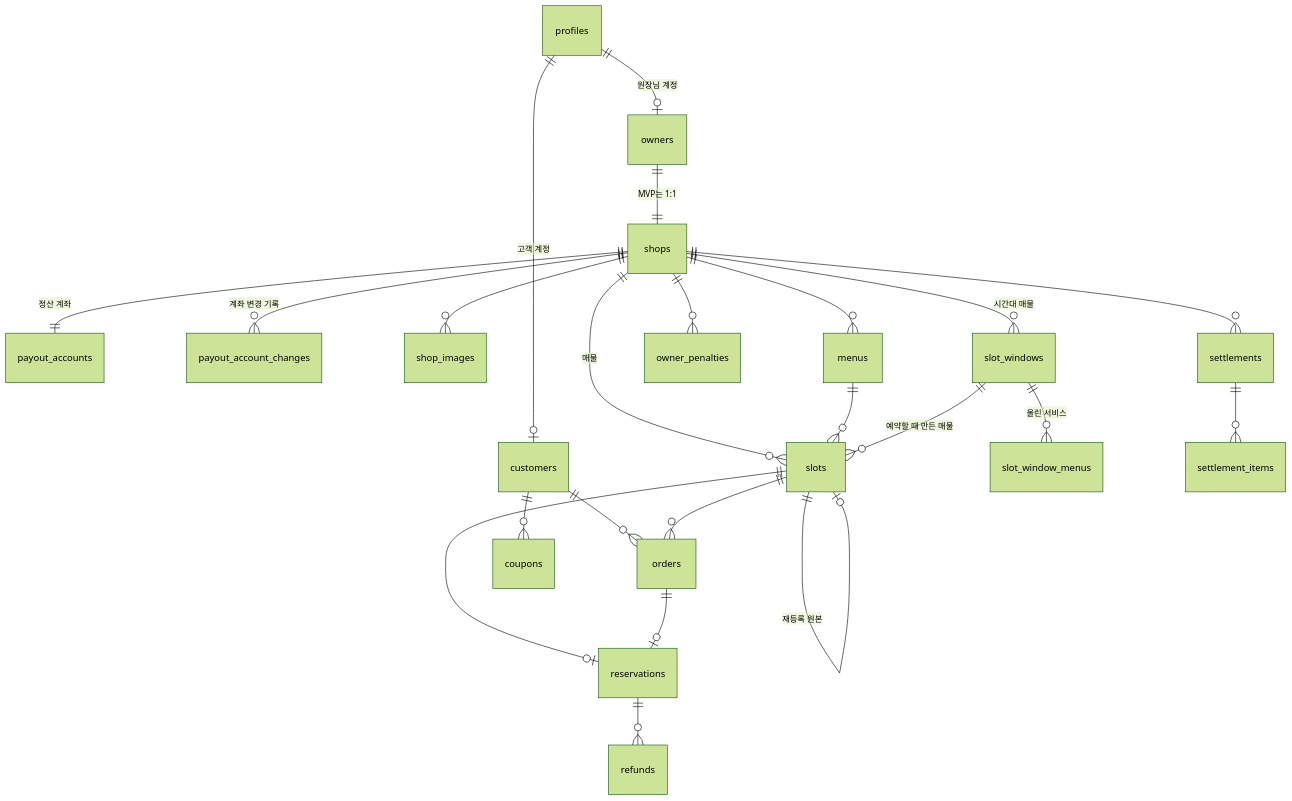
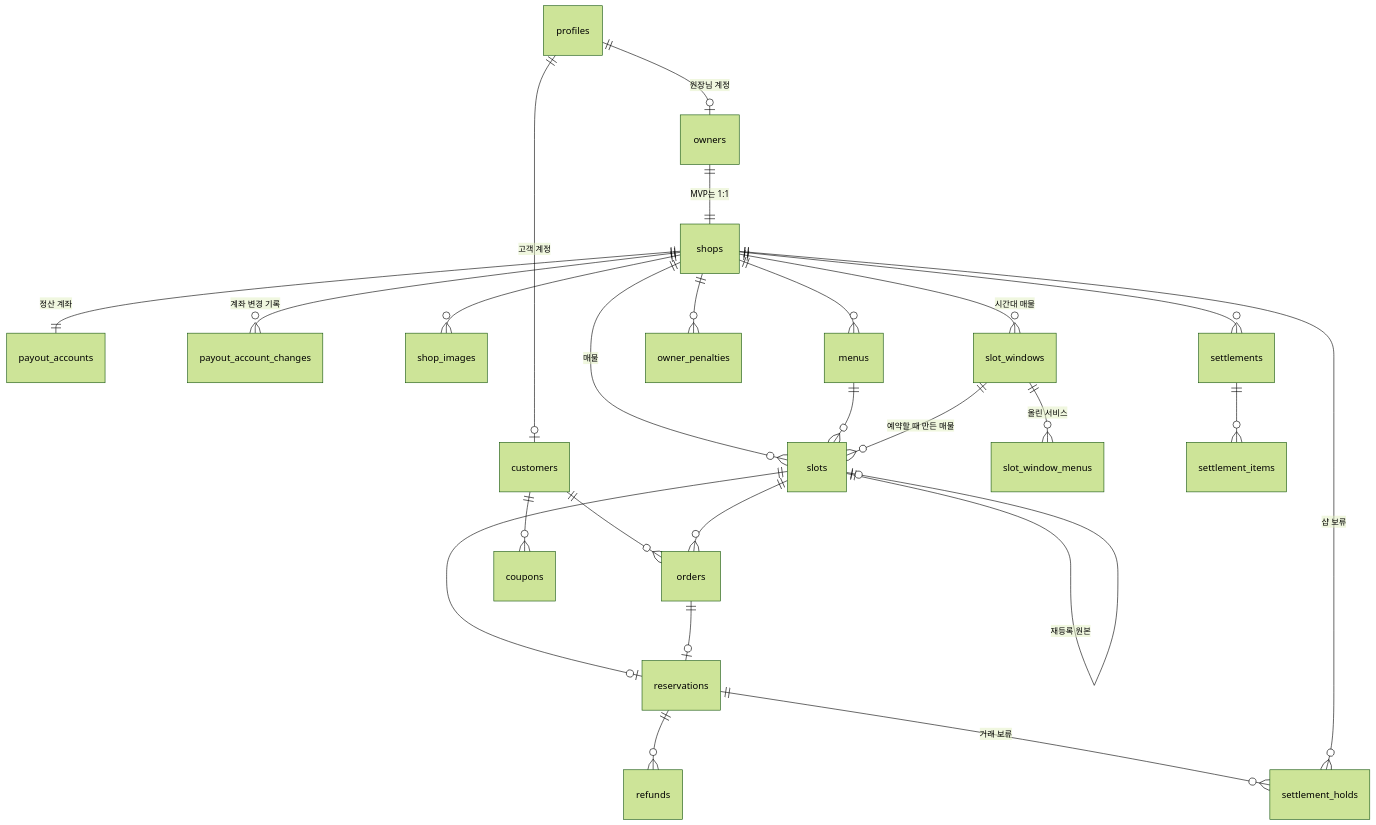
Before and after one commit to nnoinn/toori: the diagram in docs/schema-v1.md, drawn with Mermaid (forest theme). The commit also changed other lines of this file and 11 other files, not shown here.

````diff
--- a/docs/schema-v1.md
+++ b/docs/schema-v1.md
@@ -26,25 +26,27 @@
 ```mermaid
 erDiagram
   profiles ||--o| customers : "고객 계정"
   profiles ||--o| owners : "원장님 계정"
   owners ||--|| shops : "MVP는 1:1"
   shops ||--|| payout_accounts : "정산 계좌"
   shops ||--o{ payout_account_changes : "계좌 변경 기록"
   shops ||--o{ shop_images : ""
   shops ||--o{ menus : ""
   shops ||--o{ slots : "매물"
   menus ||--o{ slots : ""
   slots ||--o| slots : "재등록 원본"
   shops ||--o{ slot_windows : "시간대 매물"
   slot_windows ||--o{ slot_window_menus : "올린 서비스"
   slot_windows ||--o{ slots : "예약할 때 만든 매물"
   slots ||--o| reservations : ""
   customers ||--o{ orders : ""
   slots ||--o{ orders : ""
   orders ||--o| reservations : ""
   reservations ||--o{ refunds : ""
   customers ||--o{ coupons : ""
   shops ||--o{ owner_penalties : ""
   shops ||--o{ settlements : ""
   settlements ||--o{ settlement_items : ""
+  reservations ||--o{ settlement_holds : "거래 보류"
+  shops ||--o{ settlement_holds : "샵 보류"
 ```
````
